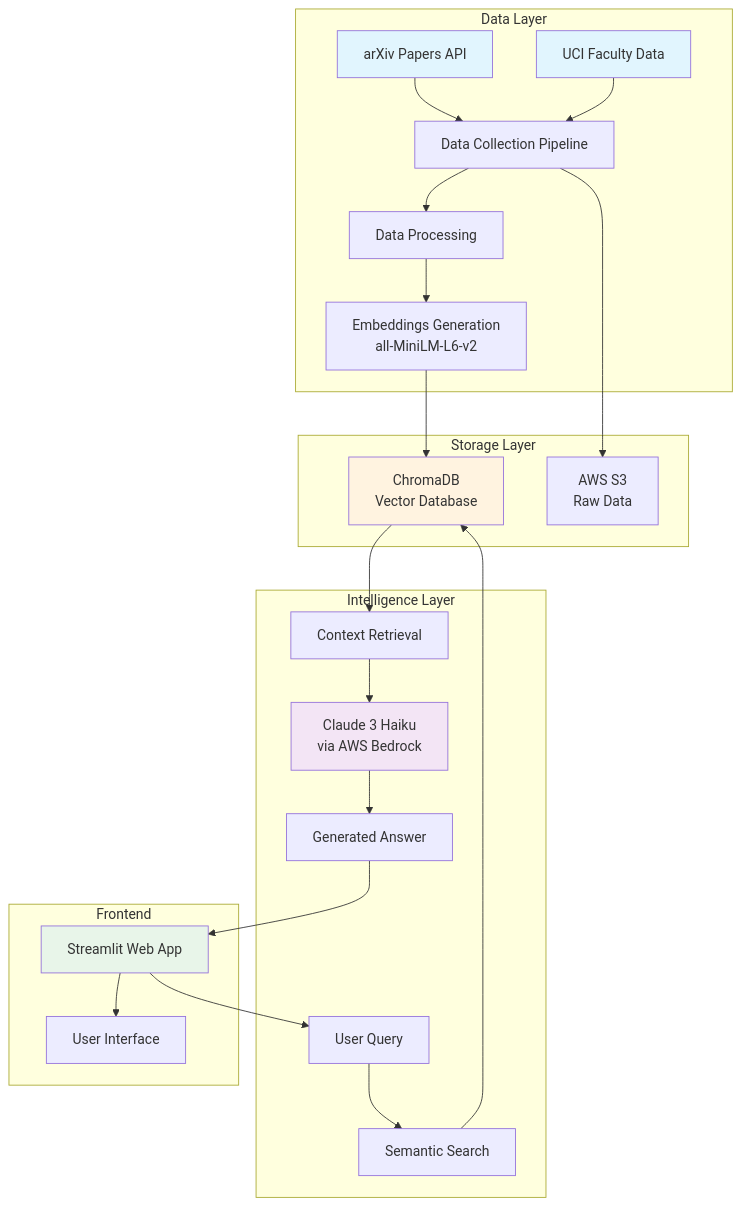
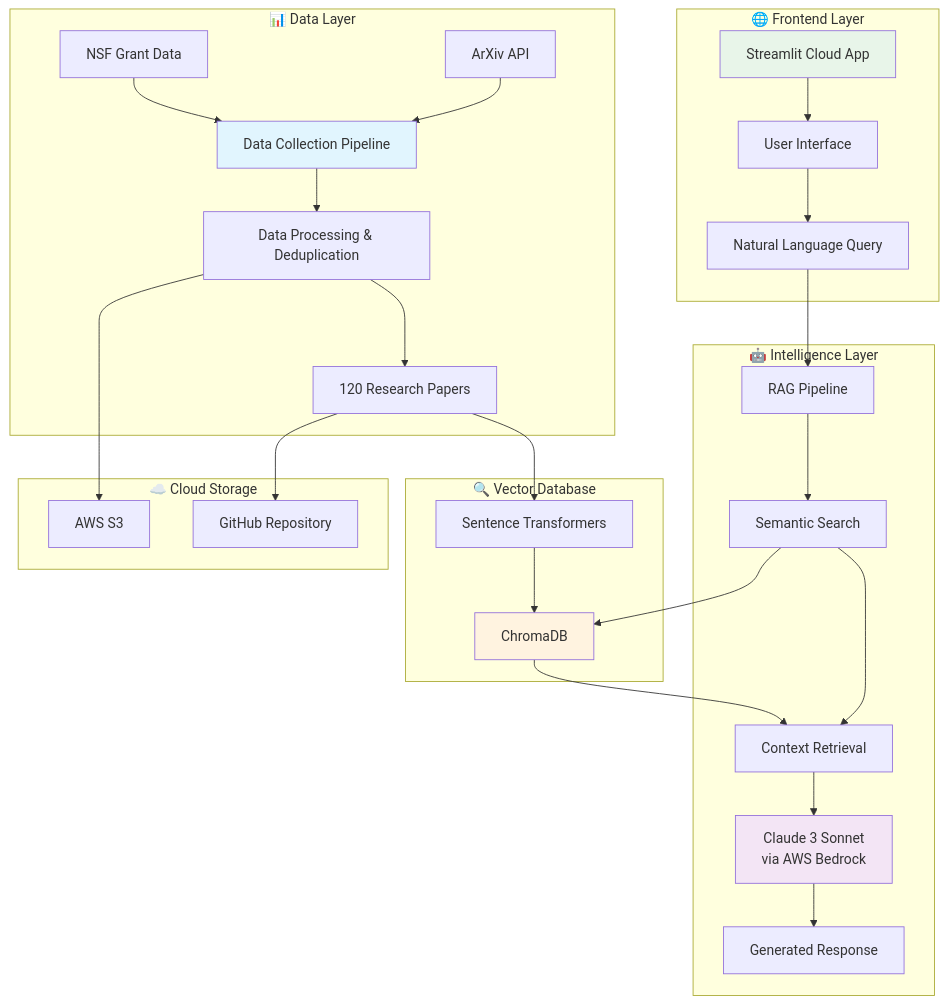
One commit to johrmohr/UCI-RAG changed the diagram in README.md. Above: the diagram before and after it, drawn with Mermaid. The commit also changed other lines of this file, not shown here.

````diff
--- a/README.md
+++ b/README.md
@@ -16,34 +27,39 @@
 ```mermaid
 graph TB
-    subgraph "Data Layer"
-        A[arXiv Papers API] --> B[Data Collection Pipeline]
-        C[UCI Faculty Data] --> B
-        B --> D[Data Processing]
-        D --> E[Embeddings Generation<br/>all-MiniLM-L6-v2]
+    subgraph "🌐 Frontend Layer"
+        A[Streamlit Cloud App] --> B[User Interface]
+        B --> C[Natural Language Query]
     end
 
-    subgraph "Storage Layer"
-        E --> F[ChromaDB<br/>Vector Database]
-        B --> G[AWS S3<br/>Raw Data]
+    subgraph "🤖 Intelligence Layer"
+        C --> D[RAG Pipeline]
+        D --> E[Semantic Search]
+        E --> F[Context Retrieval]
+        F --> G[Claude 3 Sonnet<br/>via AWS Bedrock]
+        G --> H[Generated Response]
     end
 
-    subgraph "Intelligence Layer"
-        H[User Query] --> I[Semantic Search]
+    subgraph "🔍 Vector Database"
+        E --> I[ChromaDB]
+        J[Sentence Transformers] --> I
         I --> F
-        F --> J[Context Retrieval]
-        J --> K[Claude 3 Haiku<br/>via AWS Bedrock]
-        K --> L[Generated Answer]
     end
 
-    subgraph "Frontend"
-        M[Streamlit Web App] --> H
-        L --> M
-        M --> N[User Interface]
+    subgraph "📊 Data Layer"
+        K[ArXiv API] --> L[Data Collection Pipeline]
+        M[NSF Grant Data] --> L
+        L --> N[Data Processing & Deduplication]
+        N --> O[120 Research Papers]
+        O --> J
     end
 
-    style A fill:#e1f5fe
-    style C fill:#e1f5fe
-    style F fill:#fff3e0
-    style K fill:#f3e5f5
-    style M fill:#e8f5e9
+    subgraph "☁️ Cloud Storage"
+        N --> P[AWS S3]
+        O --> Q[GitHub Repository]
+    end
+
+    style A fill:#e8f5e9
+    style G fill:#f3e5f5
+    style I fill:#fff3e0
+    style L fill:#e1f5fe
 ```
````
